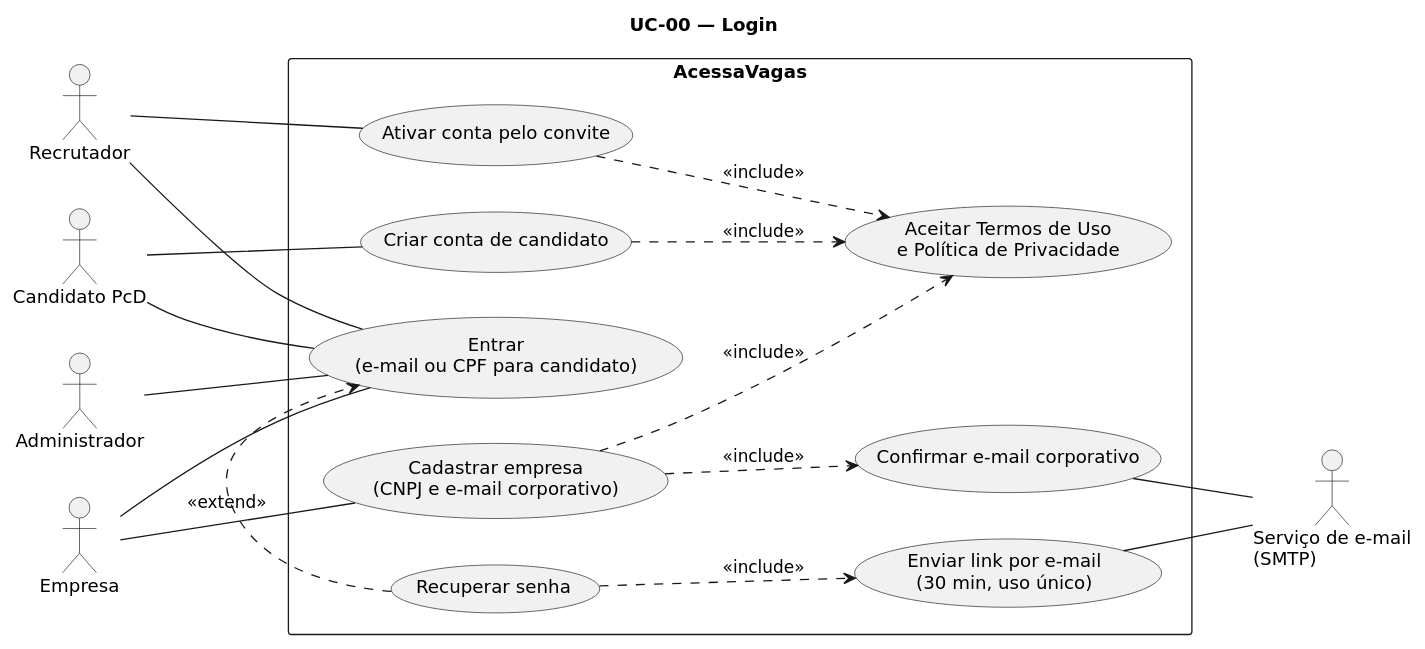
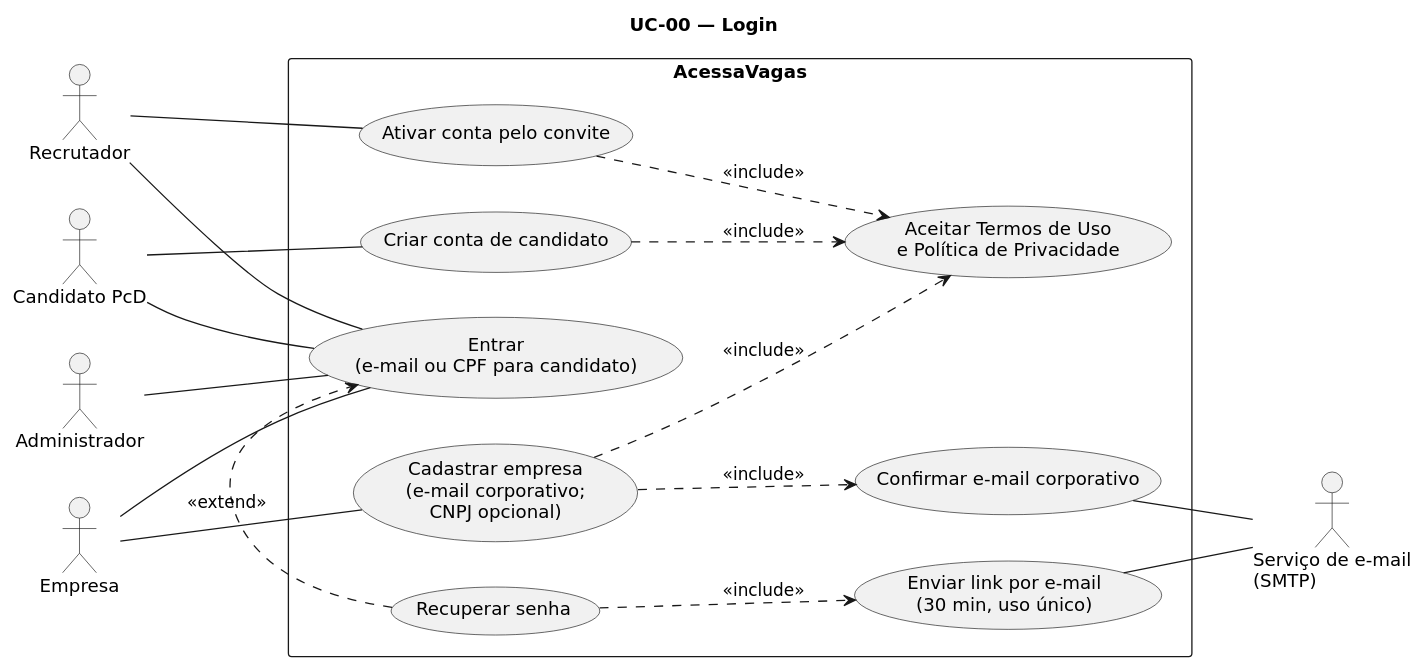
The diagram in docs/Diagramas Caso De Uso/fonte/UC-00-login.puml (rafael-marquart/Trabalho_ModelagemDeSistema), drawn with PlantUML before and after one commit. The commit also changed 25 other files, not shown here.

```diff
--- a/docs/Diagramas Caso De Uso/fonte/UC-00-login.puml
+++ b/docs/Diagramas Caso De Uso/fonte/UC-00-login.puml
@@ -1,36 +1,36 @@
 @startuml
 skinparam shadowing false
 skinparam defaultFontName DejaVu Sans
 left to right direction
 title UC-00 — Login
 actor "Candidato PcD" as C
 actor "Empresa" as E
 actor "Recrutador" as R
 actor "Administrador" as A
 rectangle "AcessaVagas" {
   usecase "Entrar\n(e-mail ou CPF para candidato)" as L
   usecase "Criar conta de candidato" as CC
-  usecase "Cadastrar empresa\n(CNPJ e e-mail corporativo)" as CE
+  usecase "Cadastrar empresa\n(e-mail corporativo;\nCNPJ opcional)" as CE
   usecase "Aceitar Termos de Uso\ne Política de Privacidade" as T
   usecase "Confirmar e-mail corporativo" as CF
   usecase "Recuperar senha" as RS
   usecase "Enviar link por e-mail\n(30 min, uso único)" as EL
   usecase "Ativar conta pelo convite" as AT
 }
 actor "Serviço de e-mail\n(SMTP)" as S
 C -- L
 C -- CC
 E -- L
 E -- CE
 R -- L
 R -- AT
 A -- L
 CC ..> T : <<include>>
 CE ..> T : <<include>>
 AT ..> T : <<include>>
 CE ..> CF : <<include>>
 RS .> L : <<extend>>
 RS ..> EL : <<include>>
 EL -- S
 CF -- S
 @enduml
```
